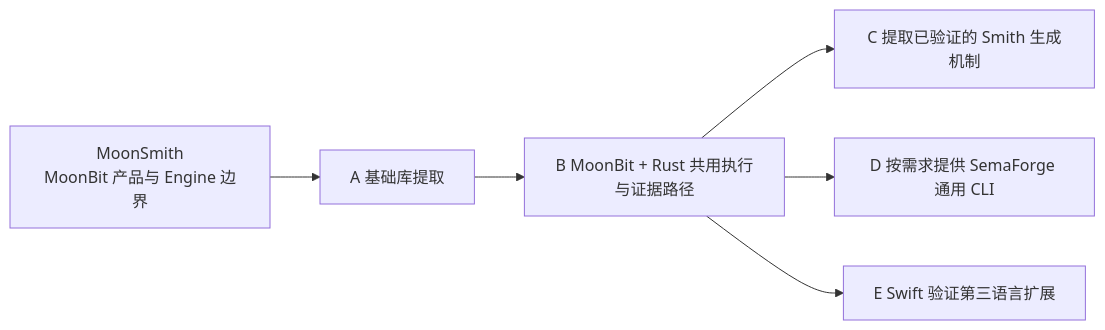
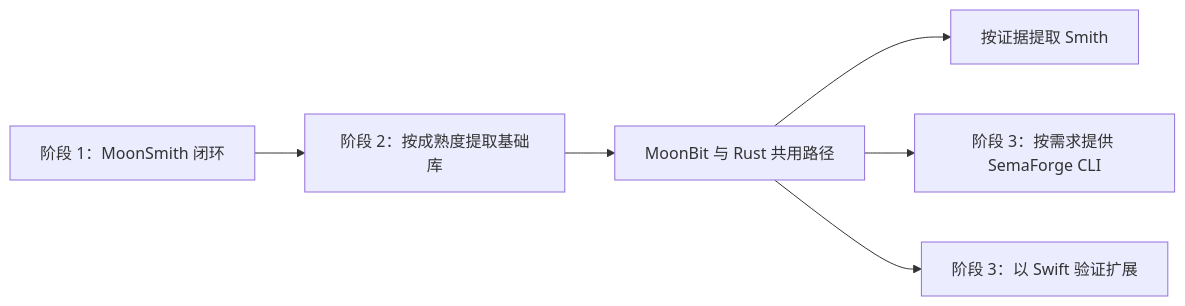
Before and after one commit to zrr1999/moonsmith: the diagram in ROADMAP.md, drawn with Mermaid. The commit also changed other lines of this file and 4 other files, not shown here.

First line of the commit message:
📝 docs(fp): propose MoonBit template generation and differential testing (#17)

````diff
--- a/ROADMAP.md
+++ b/ROADMAP.md
@@ -21,8 +38,8 @@
 ```mermaid
 flowchart LR
-  M["MoonSmith<br/>MoonBit 产品与 Engine 边界"] --> A["A 基础库提取"]
-  A --> B["B MoonBit + Rust 共用执行与证据路径"]
-  B --> C["C 提取已验证的 Smith 生成机制"]
-  B --> D["D 按需求提供 SemaForge 通用 CLI"]
-  B --> E["E Swift 验证第三语言扩展"]
+  M["阶段 1：MoonSmith 闭环"] --> A["阶段 2：按成熟度提取基础库"]
+  A --> B["MoonBit 与 Rust 共用路径"]
+  B --> C["按证据提取 Smith"]
+  B --> D["阶段 3：按需求提供 SemaForge CLI"]
+  B --> E["阶段 3：以 Swift 验证扩展"]
 ```
````
